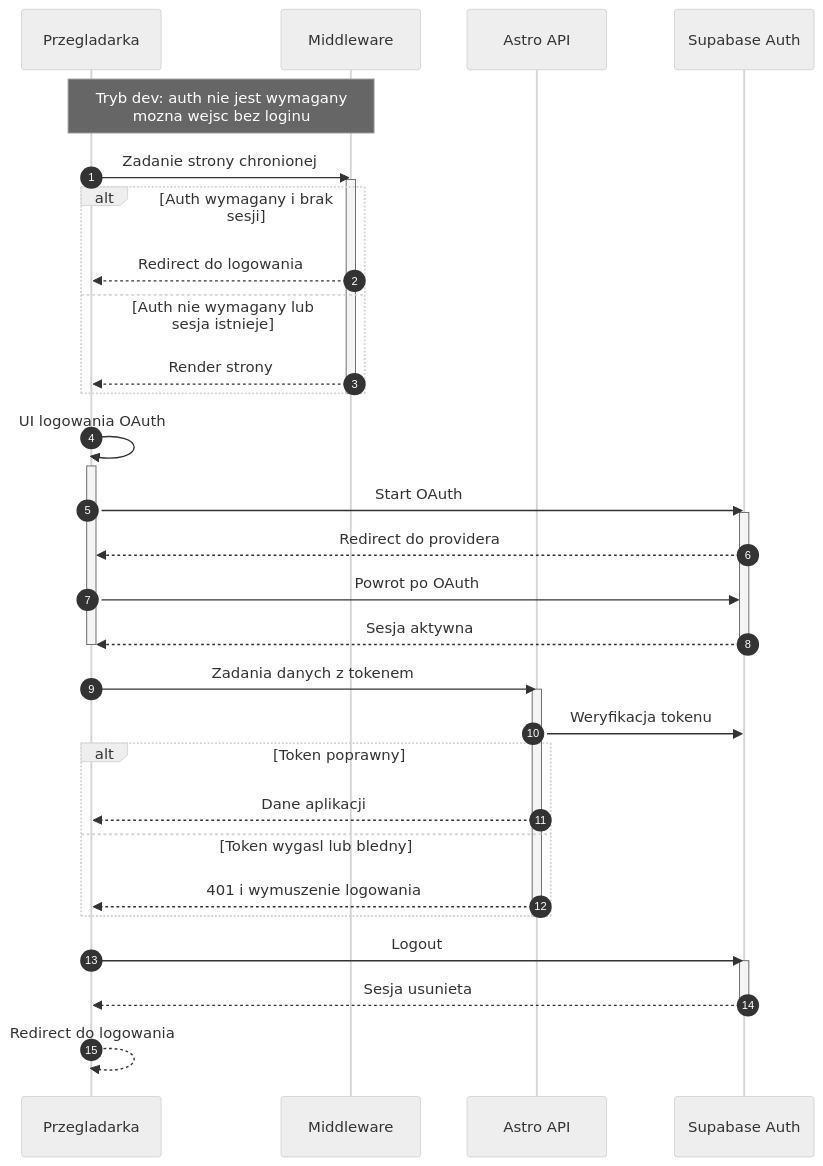
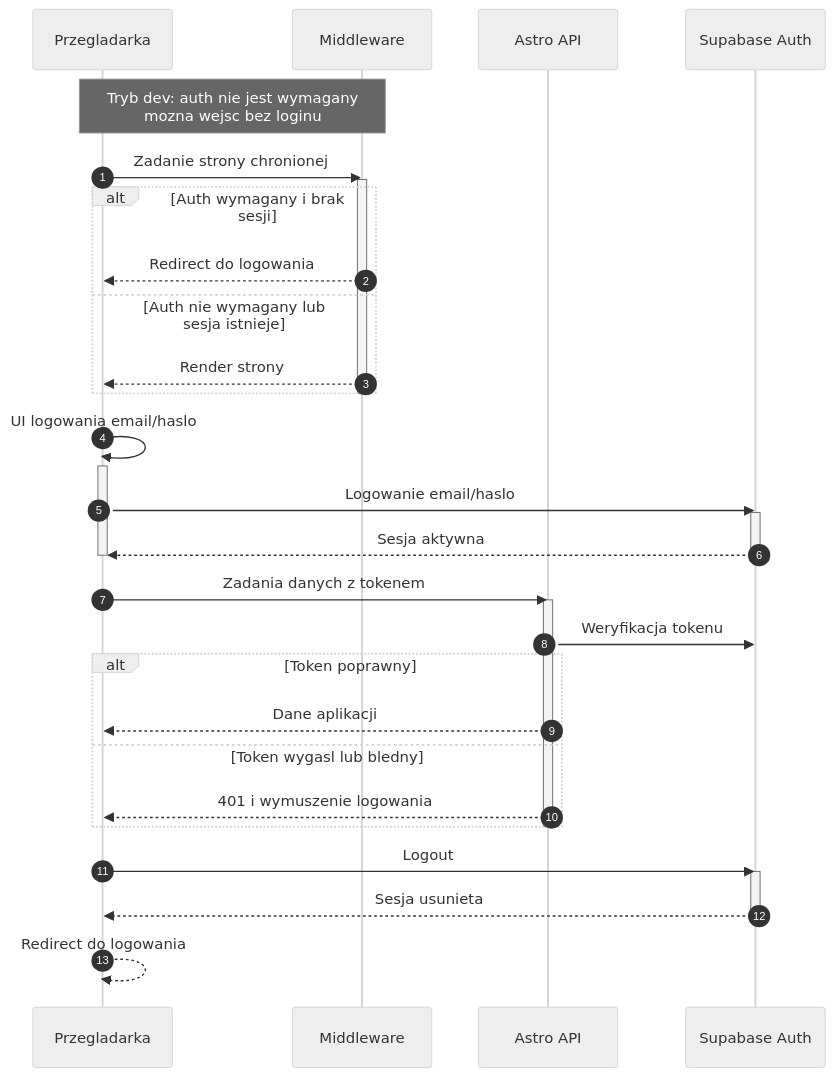
One commit to laganows/10x-rotation-on-call-keeper changed the diagram in .ai/diagrams/auth.md. Above: the diagram before and after it, drawn with Mermaid (neutral theme). The commit also changed other lines of this file and 8 other files, not shown here.

````diff
--- a/.ai/diagrams/auth.md
+++ b/.ai/diagrams/auth.md
@@ -50,45 +50,43 @@
 ```mermaid
 sequenceDiagram
   autonumber
   participant Browser as Przegladarka
   participant MW as Middleware
   participant API as Astro API
   participant Auth as Supabase Auth
 
   Note over Browser,MW: Tryb dev: auth nie jest wymagany<br/>mozna wejsc bez loginu
 
   Browser->>MW: Zadanie strony chronionej
   activate MW
   alt Auth wymagany i brak sesji
     MW-->>Browser: Redirect do logowania
   else Auth nie wymagany lub sesja istnieje
     MW-->>Browser: Render strony
   end
   deactivate MW
 
-  Browser->>Browser: UI logowania OAuth
+  Browser->>Browser: UI logowania email/haslo
   activate Browser
-  Browser->>Auth: Start OAuth
+  Browser->>Auth: Logowanie email/haslo
   activate Auth
-  Auth-->>Browser: Redirect do providera
-  Browser->>Auth: Powrot po OAuth
   Auth-->>Browser: Sesja aktywna
   deactivate Auth
   deactivate Browser
 
   Browser->>API: Zadania danych z tokenem
   activate API
   API->>Auth: Weryfikacja tokenu
   alt Token poprawny
     API-->>Browser: Dane aplikacji
   else Token wygasl lub bledny
     API-->>Browser: 401 i wymuszenie logowania
   end
   deactivate API
 
   Browser->>Auth: Logout
   activate Auth
   Auth-->>Browser: Sesja usunieta
   deactivate Auth
   Browser-->>Browser: Redirect do logowania
 ```
````
